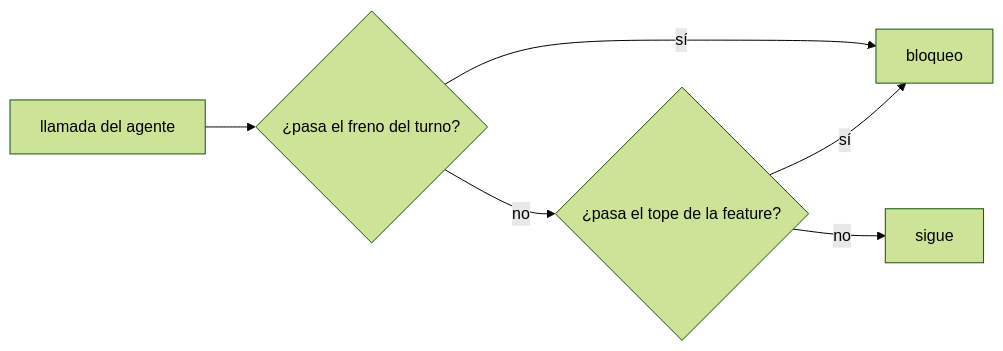
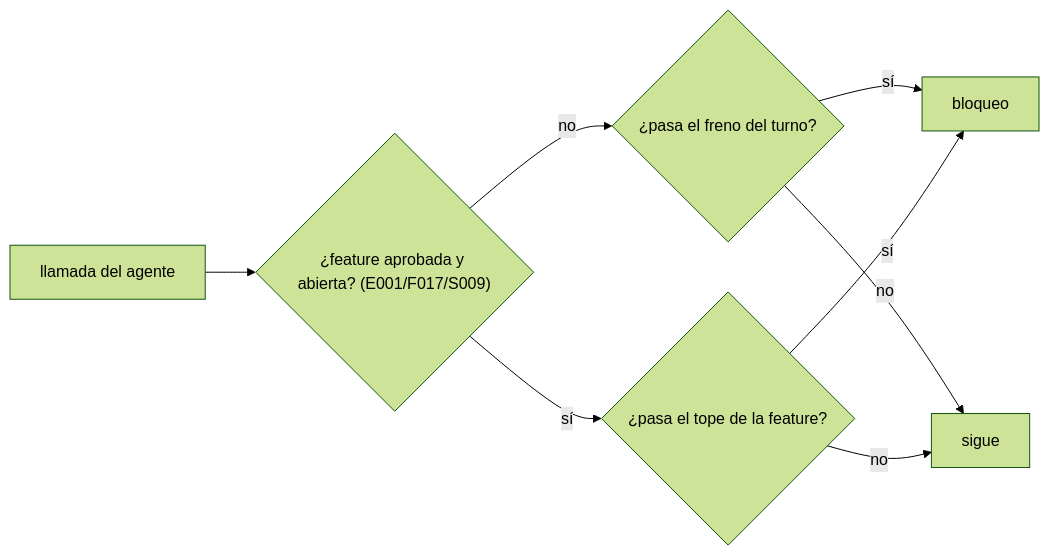
Before and after one commit to jliberal-aquas/aquas-central-harness-government: the first of 2 diagrams in docs/E001/F015/S002.md, drawn with Mermaid (forest theme). The commit also changed other lines of this file and 18 other files, not shown here.

First line of the commit message:
E001/F017/S009: el freno por turno cede ante una feature aprobada

````diff
--- a/docs/E001/F015/S002.md
+++ b/docs/E001/F015/S002.md
@@ -49,8 +49,10 @@
 ```mermaid
 flowchart LR
-    L["llamada del agente"] --> T{"¿pasa el freno del turno?"}
+    L["llamada del agente"] --> A{"¿feature aprobada y abierta? (E001/F017/S009)"}
+    A -->|no| T{"¿pasa el freno del turno?"}
+    A -->|sí| F{"¿pasa el tope de la feature?"}
     T -->|sí| B["bloqueo"]
-    T -->|no| F{"¿pasa el tope de la feature?"}
+    T -->|no| OK["sigue"]
     F -->|sí| B
-    F -->|no| OK["sigue"]
+    F -->|no| OK
 ```
````
